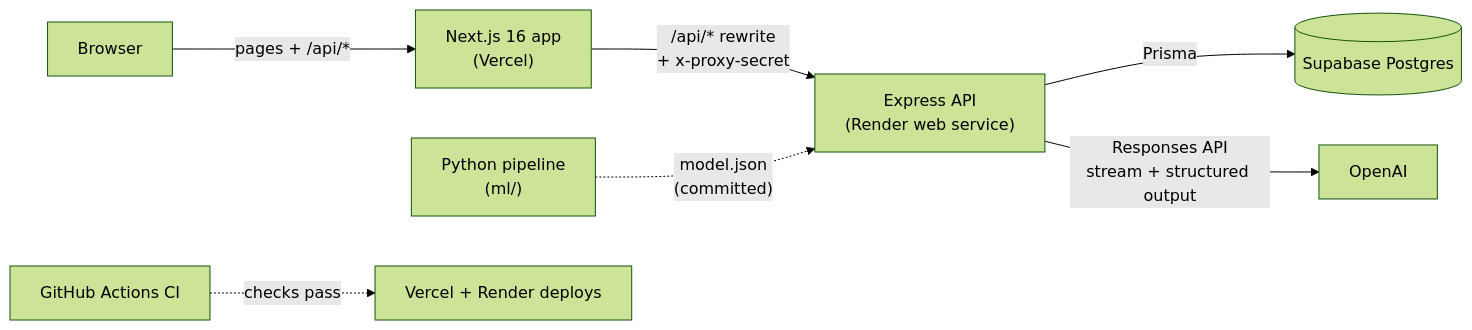
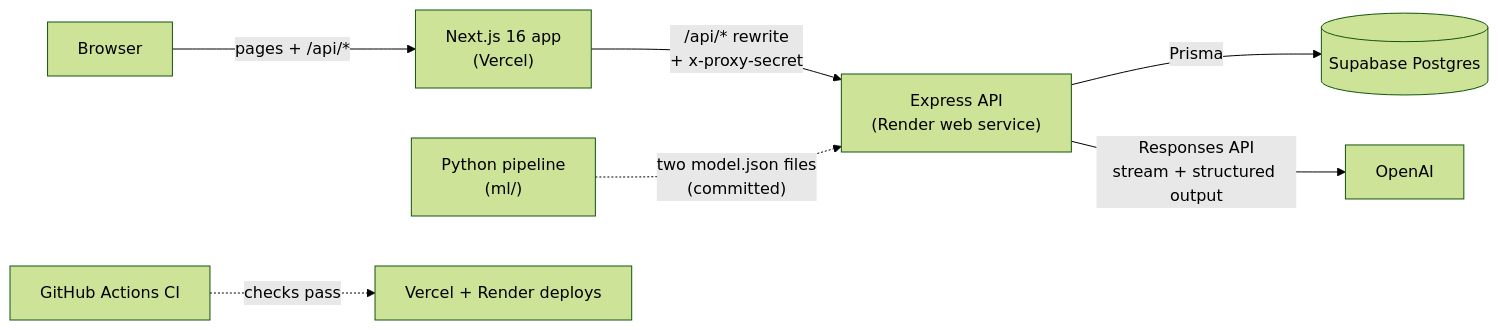
One commit to Nadeeja99/GrowthTracker changed the diagram in README.md. Above: the diagram before and after it, drawn with Mermaid (forest theme). The commit also changed other lines of this file and 59 other files, not shown here.

````diff
--- a/README.md
+++ b/README.md
@@ -49,9 +50,9 @@
 ```mermaid
 flowchart LR
   B[Browser] -->|pages + /api/*| W["Next.js 16 app<br/>(Vercel)"]
   W -->|"/api/* rewrite<br/>+ x-proxy-secret"| A["Express API<br/>(Render web service)"]
   A -->|Prisma| D[(Supabase Postgres)]
   A -->|"Responses API<br/>stream + structured output"| O[OpenAI]
-  ML["Python pipeline<br/>(ml/)"] -.->|"model.json<br/>(committed)"| A
+  ML["Python pipeline<br/>(ml/)"] -.->|"two model.json files<br/>(committed)"| A
   GH[GitHub Actions CI] -.->|checks pass| R[Vercel + Render deploys]
 ```
````
